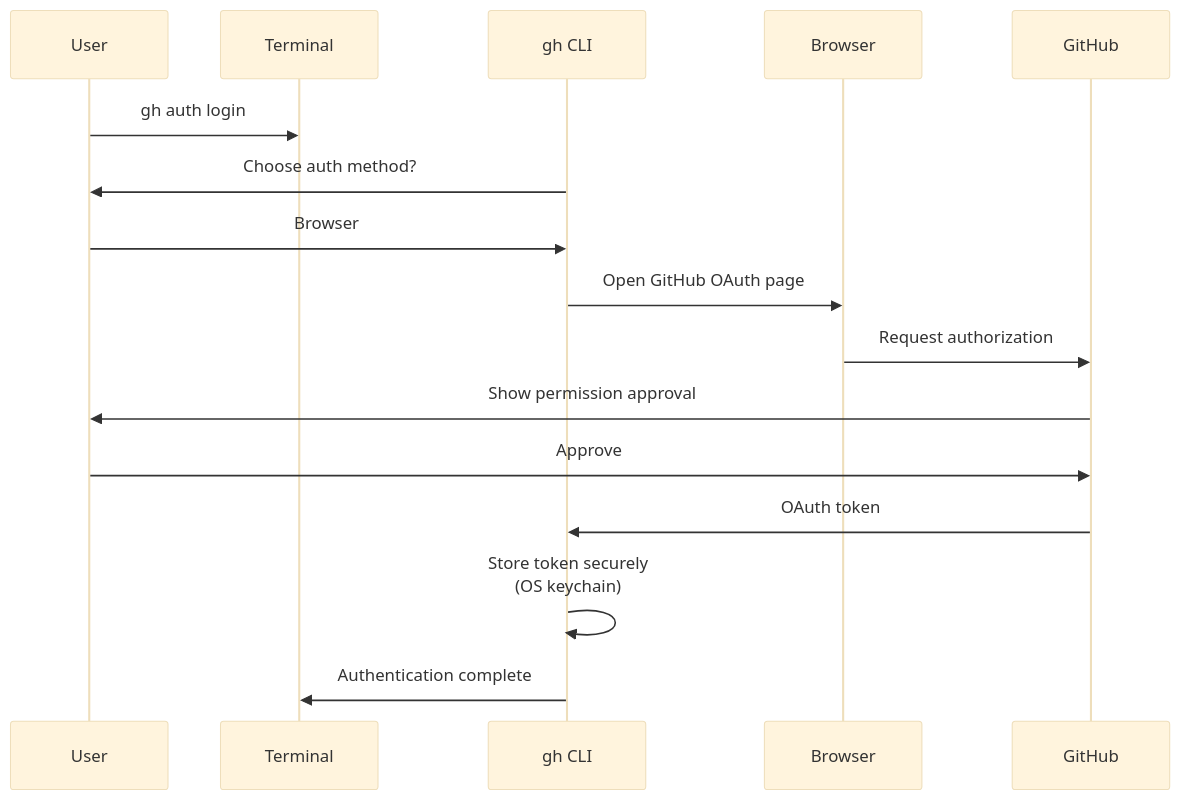
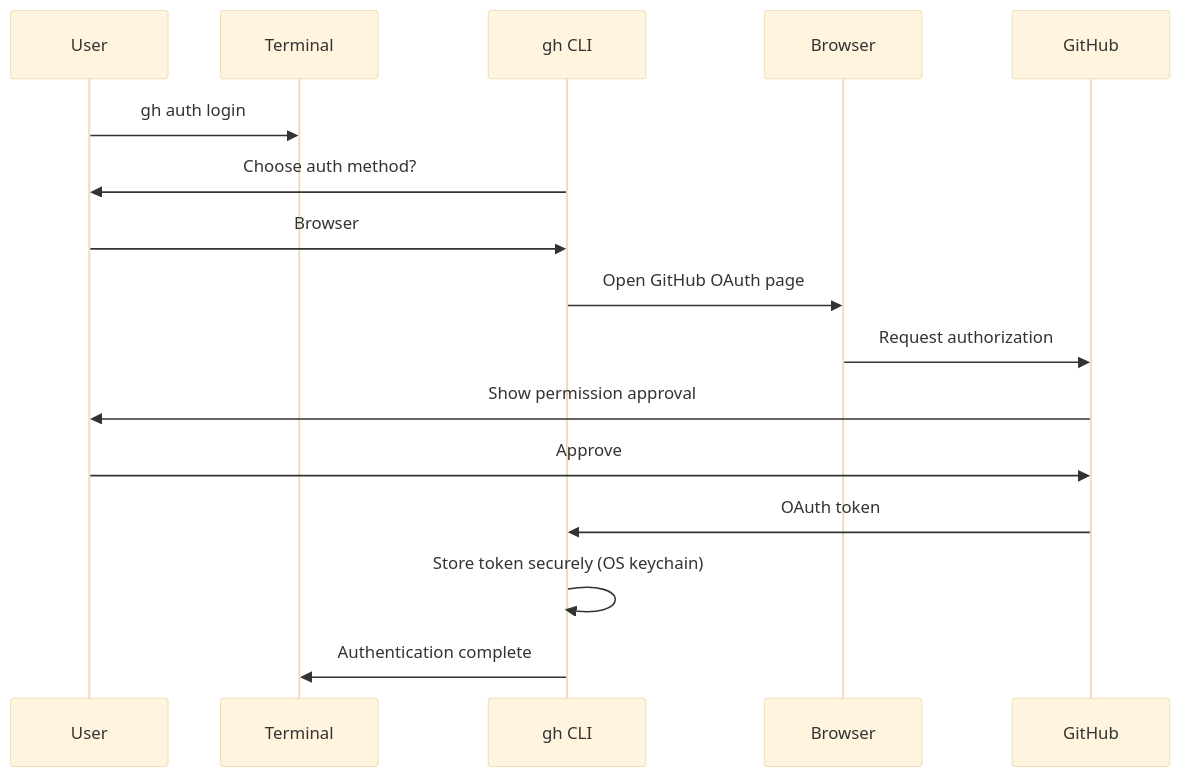
Before and after one commit to softwarewrighter/overall: the second of 8 diagrams in wiki/GitHub-Integration.md, drawn with Mermaid (base theme). The commit also changed other lines of this file and 4 other files, not shown here.

First line of the commit message:
Fix wiki Mermaid diagrams: remove <br/> tags

````diff
--- a/wiki/GitHub-Integration.md
+++ b/wiki/GitHub-Integration.md
@@ -63,19 +63,19 @@
 ```mermaid
 sequenceDiagram
     participant User
     participant Terminal
     participant GH as gh CLI
     participant Browser
     participant GitHub
 
     User->>Terminal: gh auth login
     GH->>User: Choose auth method?
     User->>GH: Browser
     GH->>Browser: Open GitHub OAuth page
     Browser->>GitHub: Request authorization
     GitHub->>User: Show permission approval
     User->>GitHub: Approve
     GitHub->>GH: OAuth token
-    GH->>GH: Store token securely<br/>(OS keychain)
+    GH->>GH: Store token securely (OS keychain)
     GH->>Terminal: Authentication complete
 ```
````
